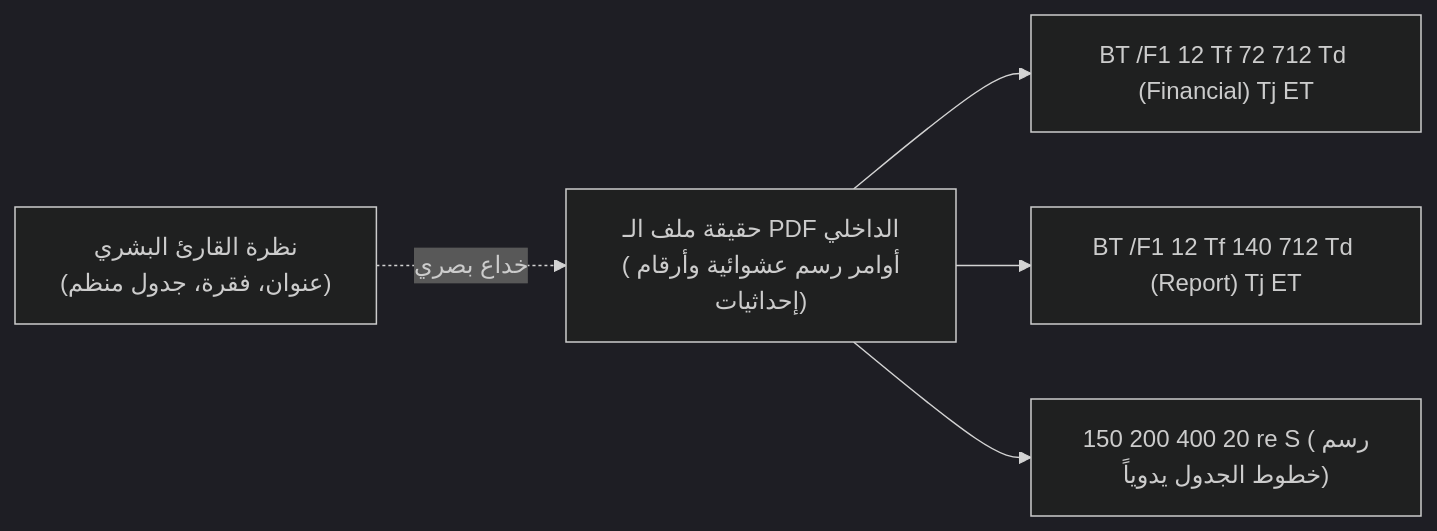
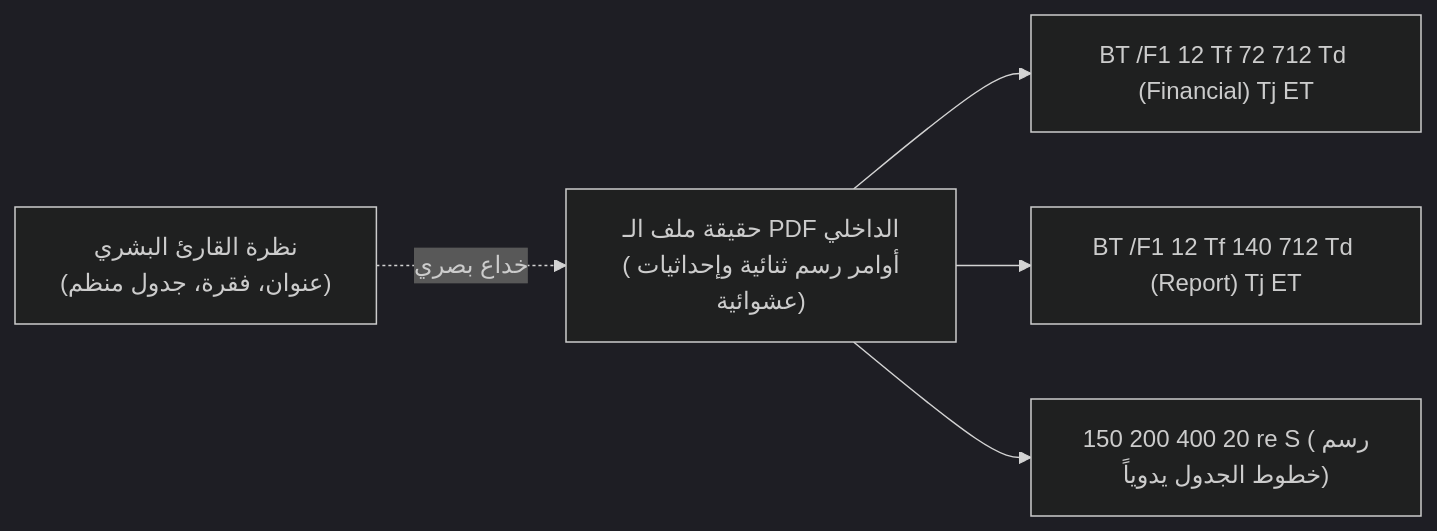
One commit to ali-abofouda/RAG-Mastery changed the diagram in docs/01-ingestion/05-pdf-parsing.md. Above: the diagram before and after it, drawn with Mermaid (dark theme). The commit also changed other lines of this file and 10 other files, not shown here.

````diff
--- a/docs/01-ingestion/05-pdf-parsing.md
+++ b/docs/01-ingestion/05-pdf-parsing.md
@@ -9,11 +10,11 @@
 ```mermaid
 flowchart LR
     Human["نظرة القارئ البشري<br/>(عنوان، فقرة، جدول منظم)"] 
-    Internal["حقيقة ملف الـ PDF الداخلي<br/>(أوامر رسم عشوائية وأرقام إحداثيات)"]
+    Internal["حقيقة ملف الـ PDF الداخلي<br/>(أوامر رسم ثنائية وإحداثيات عشوائية)"]
     
     Human -.->|خداع بصري| Internal
     
     Internal --> Op1["BT /F1 12 Tf 72 712 Td (Financial) Tj ET"]
     Internal --> Op2["BT /F1 12 Tf 140 712 Td (Report) Tj ET"]
     Internal --> Op3["150 200 400 20 re S (رسم خطوط الجدول يدوياً)"]
 ```
````
